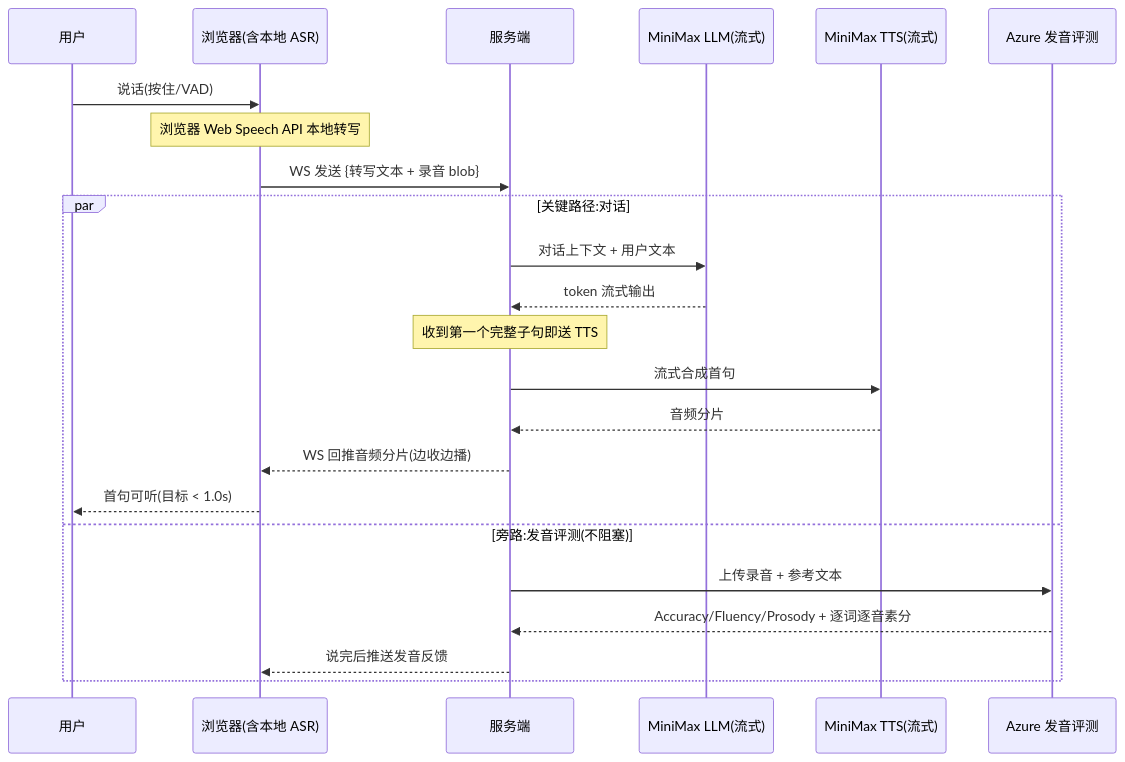
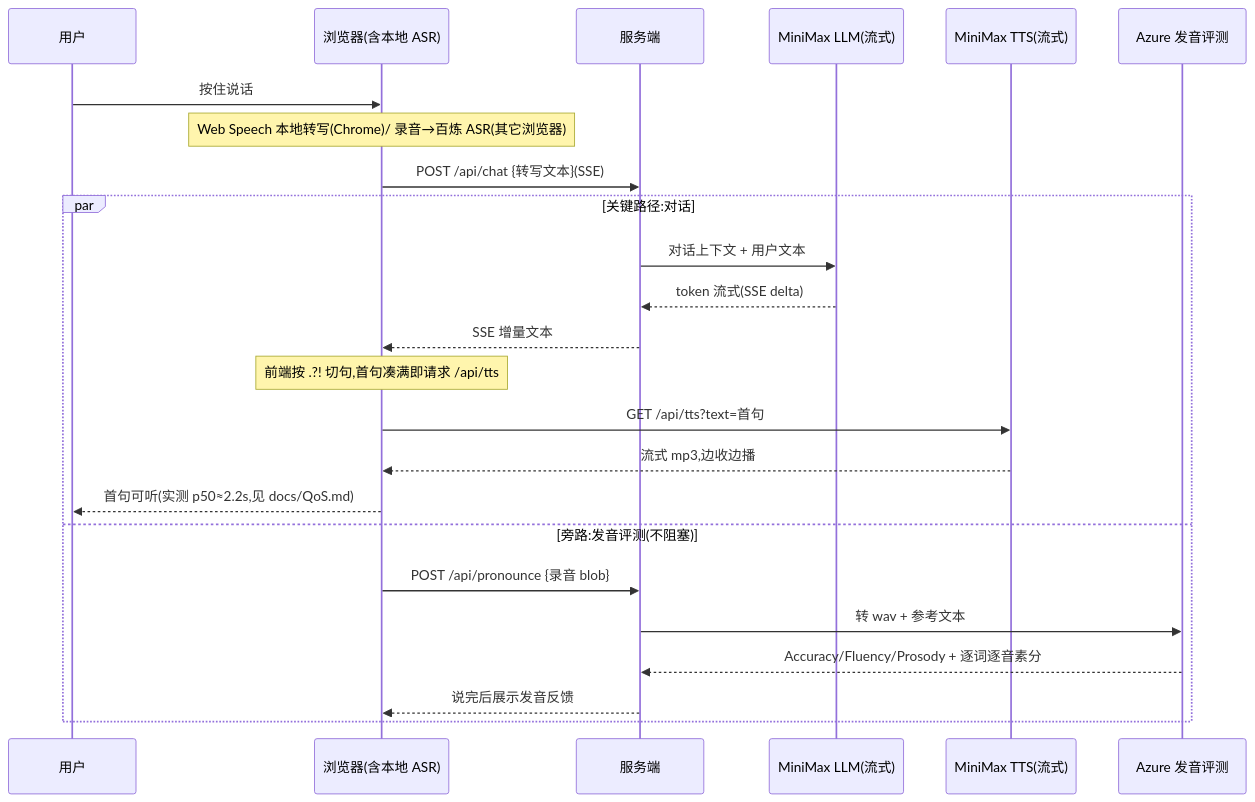
The second of 3 diagrams in design.md (zhoutingunl/speak_mate), drawn with Mermaid before and after one commit. The commit also changed other lines of this file and 2 other files, not shown here.

````diff
--- a/design.md
+++ b/design.md
@@ -194,26 +196,27 @@
 ```mermaid
 sequenceDiagram
     participant U as 用户
     participant B as 浏览器(含本地 ASR)
     participant S as 服务端
     participant LLM as MiniMax LLM(流式)
     participant TTS as MiniMax TTS(流式)
     participant AZ as Azure 发音评测
 
-    U->>B: 说话(按住/VAD)
-    Note over B: 浏览器 Web Speech API 本地转写
-    B->>S: WS 发送 {转写文本 + 录音 blob}
+    U->>B: 按住说话
+    Note over B: Web Speech 本地转写(Chrome)/ 录音→百炼 ASR(其它浏览器)
+    B->>S: POST /api/chat {转写文本}(SSE)
     par 关键路径:对话
         S->>LLM: 对话上下文 + 用户文本
-        LLM-->>S: token 流式输出
-        Note over S: 收到第一个完整子句即送 TTS
-        S->>TTS: 流式合成首句
-        TTS-->>S: 音频分片
-        S-->>B: WS 回推音频分片(边收边播)
-        B-->>U: 首句可听(目标 < 1.0s)
+        LLM-->>S: token 流式(SSE delta)
+        S-->>B: SSE 增量文本
+        Note over B: 前端按 .?! 切句,首句凑满即请求 /api/tts
+        B->>TTS: GET /api/tts?text=首句
+        TTS-->>B: 流式 mp3,边收边播
+        B-->>U: 首句可听(实测 p50≈2.2s,见 docs/QoS.md)
     and 旁路:发音评测(不阻塞)
-        S->>AZ: 上传录音 + 参考文本
+        B->>S: POST /api/pronounce {录音 blob}
+        S->>AZ: 转 wav + 参考文本
         AZ-->>S: Accuracy/Fluency/Prosody + 逐词逐音素分
-        S-->>B: 说完后推送发音反馈
+        S-->>B: 说完后展示发音反馈
     end
 ```
````
